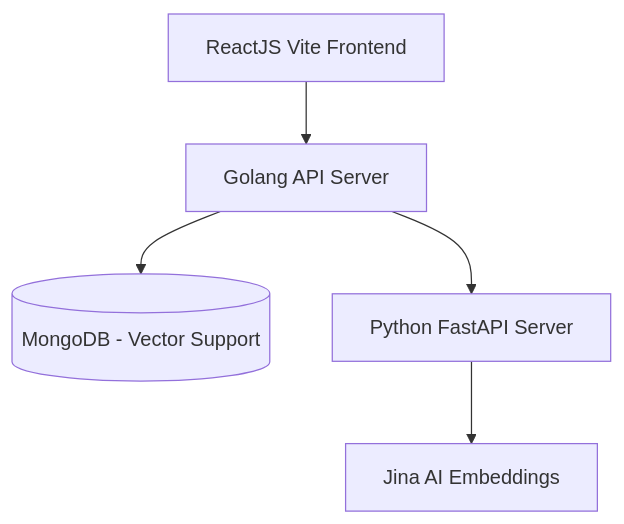
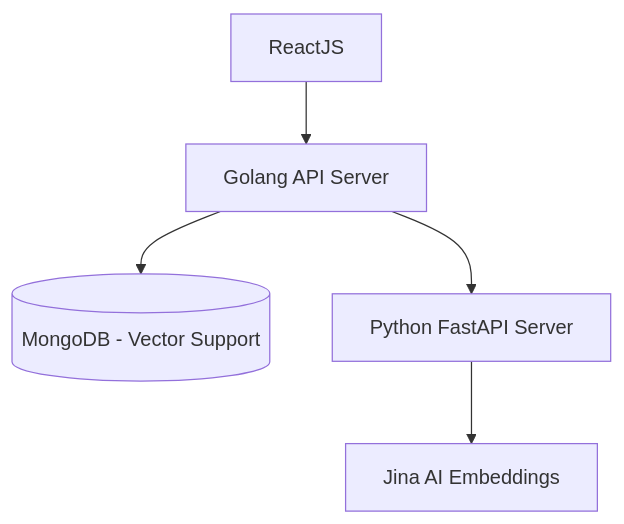
One commit to qoofa/ai-recommendation-system changed the diagram in README.md. Above: the diagram before and after it, drawn with Mermaid.

````diff
--- a/README.md
+++ b/README.md
@@ -22,7 +22,7 @@
 ```mermaid
 graph TD
-    Client[ReactJS Vite Frontend] --> GoAPI[Golang API Server]
+    Client[ReactJS] --> GoAPI[Golang API Server]
     GoAPI --> Mongo[(MongoDB - Vector Support)]
     GoAPI --> PyAPI[Python FastAPI Server]
     PyAPI --> Model[Jina AI Embeddings]
 ```
````
